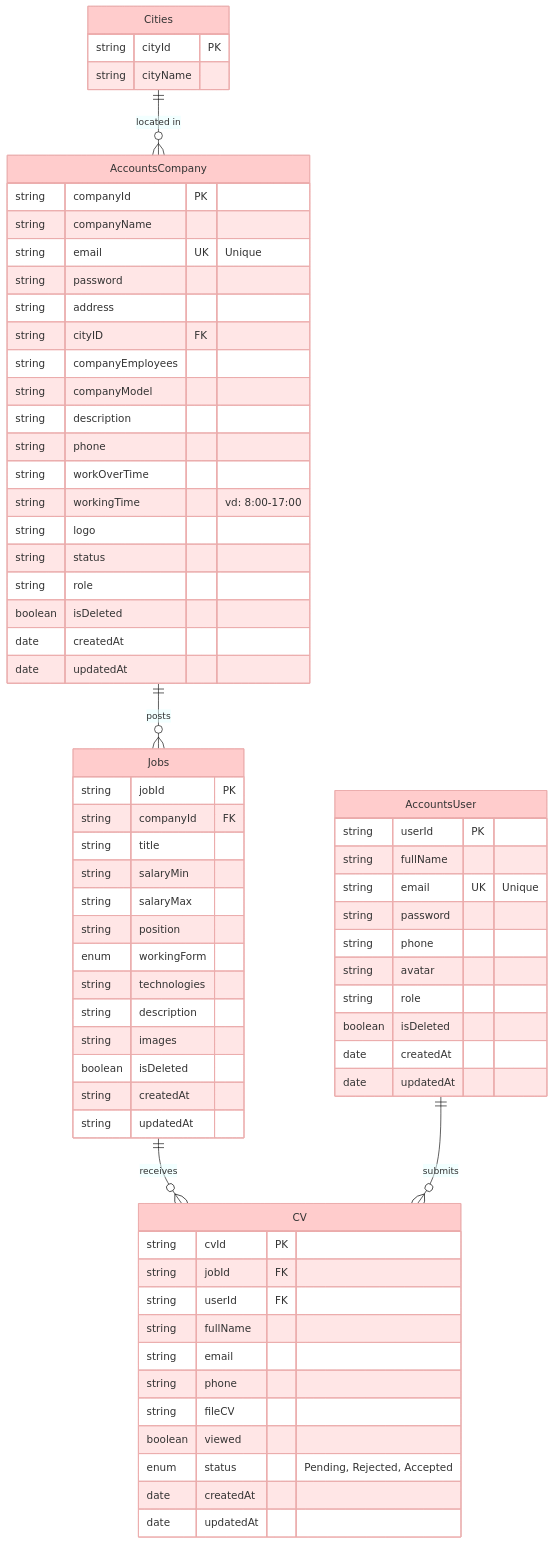
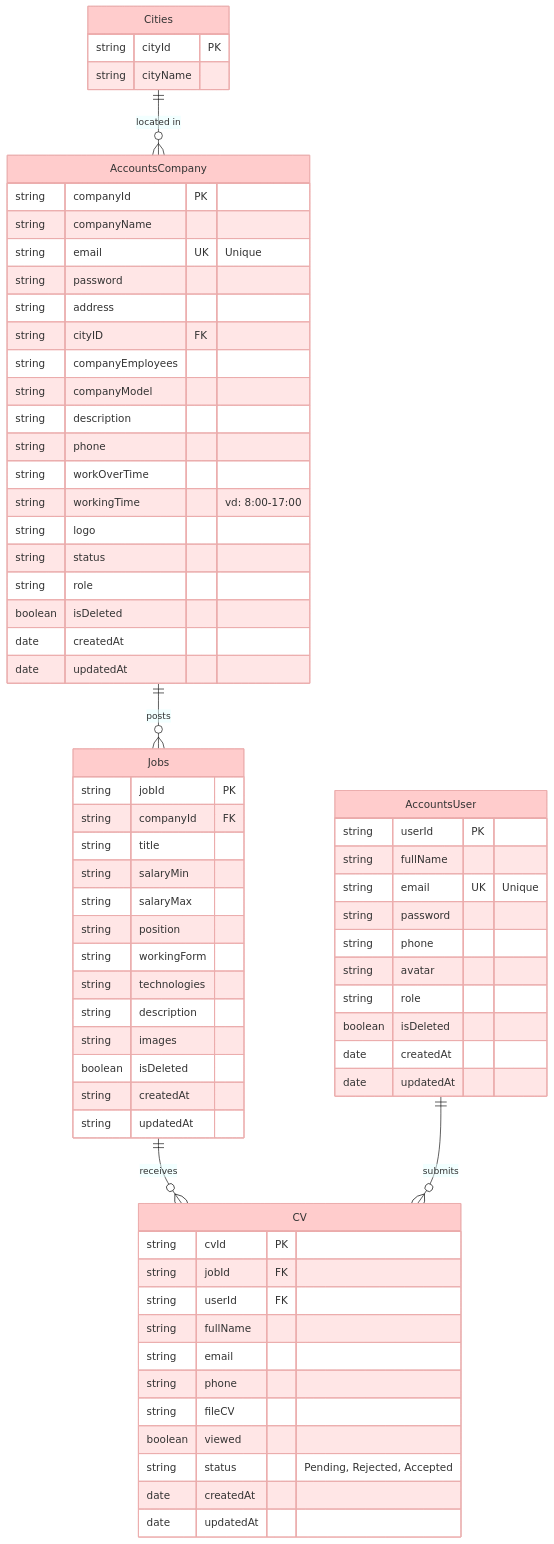
The diagram in docs/db-des/erd.md (ngokwuan/TechJob_BE), drawn with Mermaid before and after one commit. The commit also changed 14 other files, not shown here.

````diff
--- a/docs/db-des/erd.md
+++ b/docs/db-des/erd.md
@@ -1,77 +1,77 @@
 ```mermaid
 %%{init: {'theme':'base', 'themeVariables': { 'primaryColor':'#ffcccc'}, 'er': {'layoutDirection': 'LR'}}}%%
 erDiagram
     Cities ||--o{ AccountsCompany : "located in"
     AccountsCompany ||--o{ Jobs : "posts"
     Jobs ||--o{ CV : "receives"
 AccountsUser ||--o{ CV : "submits"
     AccountsCompany {
        string companyId PK
        string companyName
        string email UK "Unique"
        string password
        string address
        string cityID FK
        string companyEmployees
        string companyModel
        string description
        string phone
        string workOverTime
        string workingTime "vd: 8:00-17:00"
        string logo
        string status
        string role
         boolean isDeleted
         date createdAt
         date updatedAt
     }
 
     AccountsUser {
        string userId PK
        string fullName
        string email UK "Unique"
        string password
        string phone
        string avatar
        string role
         boolean isDeleted
         date createdAt
         date updatedAt
     }
 
     Cities {
        string cityId PK
        string cityName
     }
 
     Jobs {
        string jobId PK
        string companyId FK
        string title
        string salaryMin
        string salaryMax
        string position
-        enum workingForm
+       string workingForm
        string technologies
        string description
        string images
-        boolean isDeleted
+      boolean isDeleted
        string createdAt
        string updatedAt
     }
 
     CV {
        string cvId PK
        string jobId FK
        string userId FK
        string fullName
        string email
        string phone
        string fileCV
-        boolean viewed
-        enum status "Pending, Rejected, Accepted"
-        date createdAt
-        date updatedAt
+      boolean viewed
+       string status "Pending, Rejected, Accepted"
+         date createdAt
+         date updatedAt
     }
 
 ```
````
